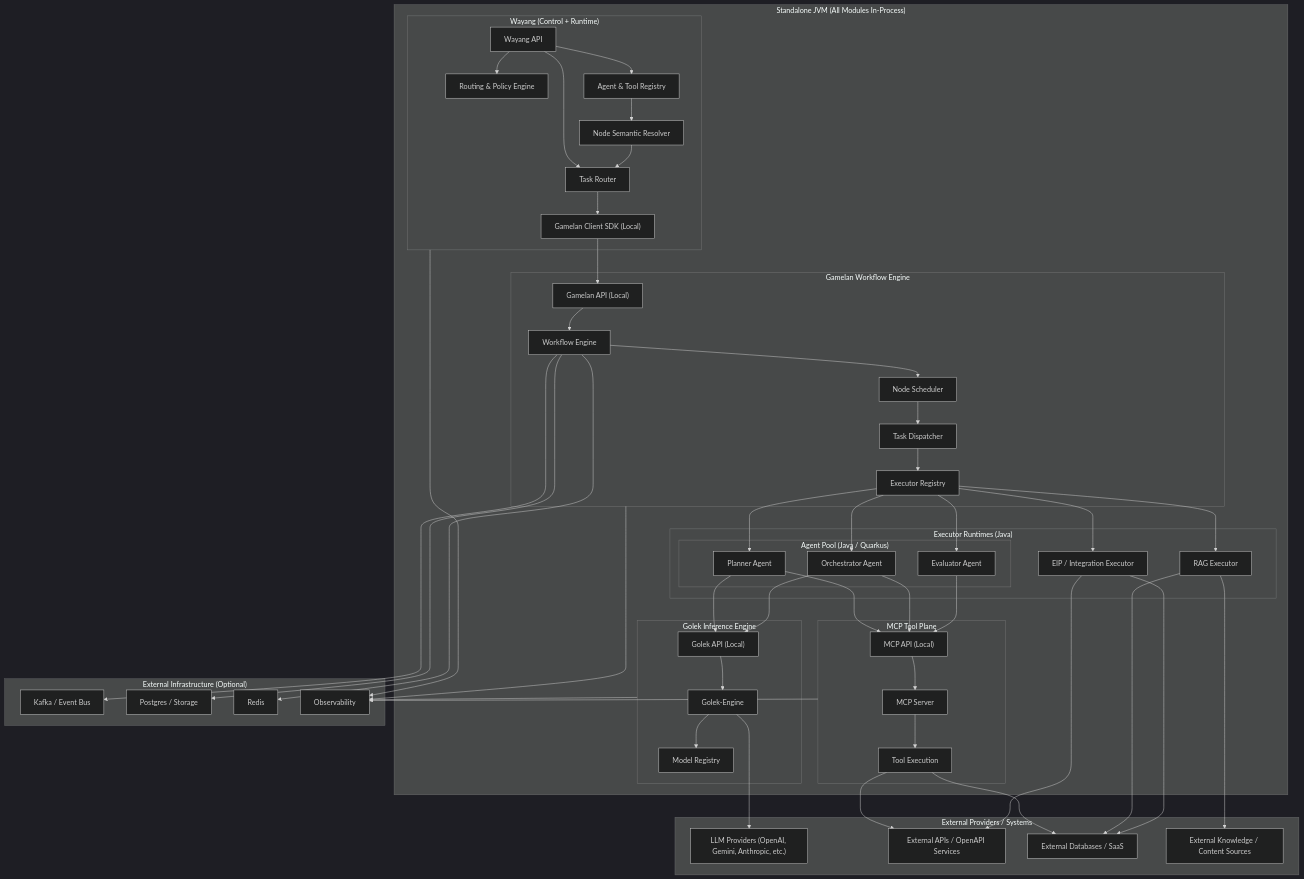
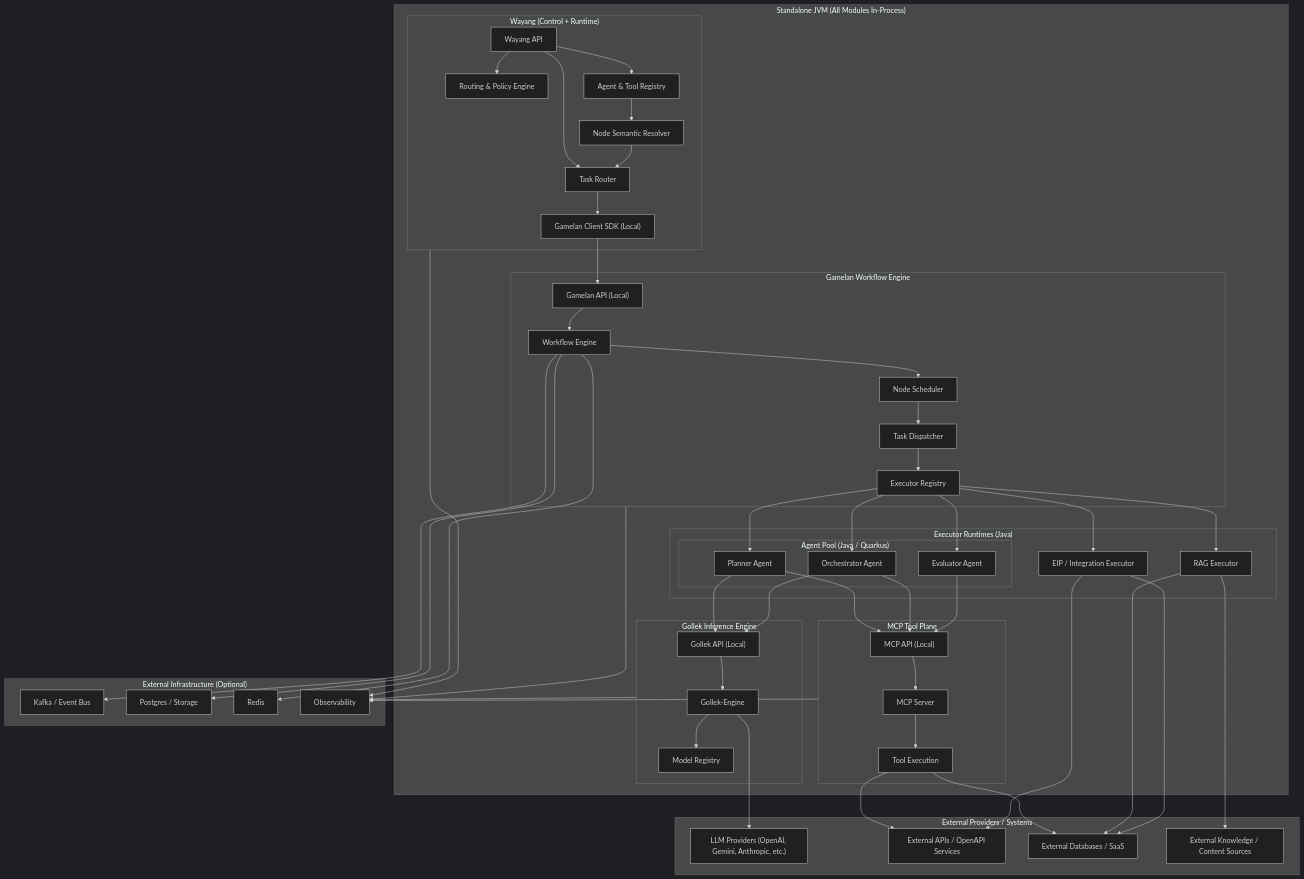
One commit to bhangun/wayang changed the second of 9 diagrams in docs/0-wayang-gamelan-golek.md. Above: the diagram before and after it, drawn with Mermaid (dark theme). The commit also changed other lines of this file and 1898 other files, not shown here.

```diff
--- a/docs/0-wayang-gamelan-golek.md
+++ b/docs/0-wayang-gamelan-golek.md
@@ -235,9 +245,9 @@
     EIP_S["EIP / Integration Executor"]
 end
 
-    subgraph GOLEK_S["Golek Inference Engine"]
-        GolekAPI_S["Golek API (Local)"]
-        Inference_S["Golek-Engine"]
+    subgraph GOLEK_S["Gollek Inference Engine"]
+        GollekAPI_S["Gollek API (Local)"]
+        Inference_S["Gollek-Engine"]
         ModelReg_S["Model Registry"]
     end
 
@@ -285,9 +295,9 @@
 ExecRegistry_S --> RAG_S
 ExecRegistry_S --> EIP_S
 
-Planner_S --> GolekAPI_S
-Orchestrator_S --> GolekAPI_S
-GolekAPI_S --> Inference_S
+Planner_S --> GollekAPI_S
+Orchestrator_S --> GollekAPI_S
+GollekAPI_S --> Inference_S
 Inference_S --> ModelReg_S
 Inference_S --> LLMProviders_S
 
```
